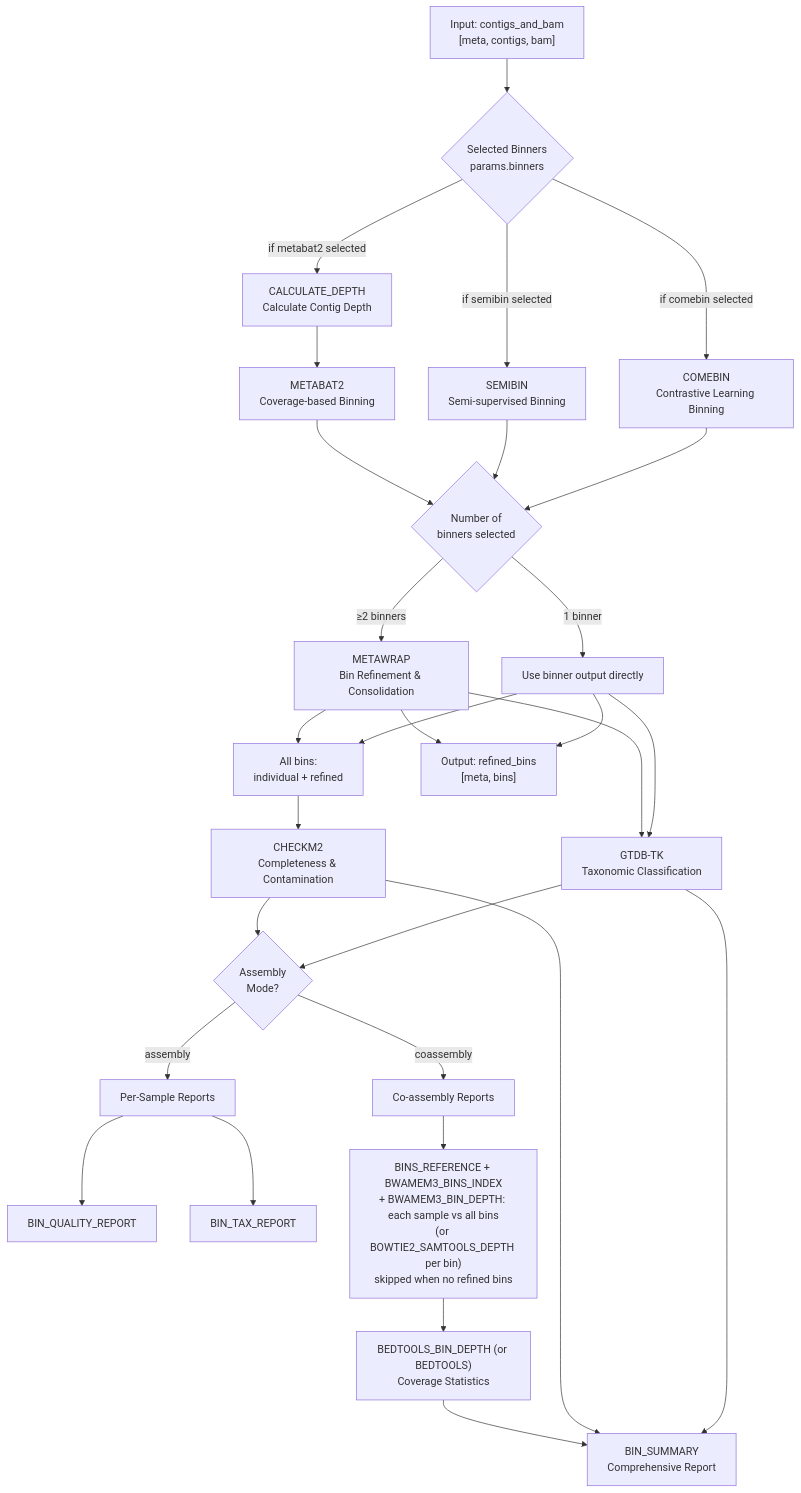
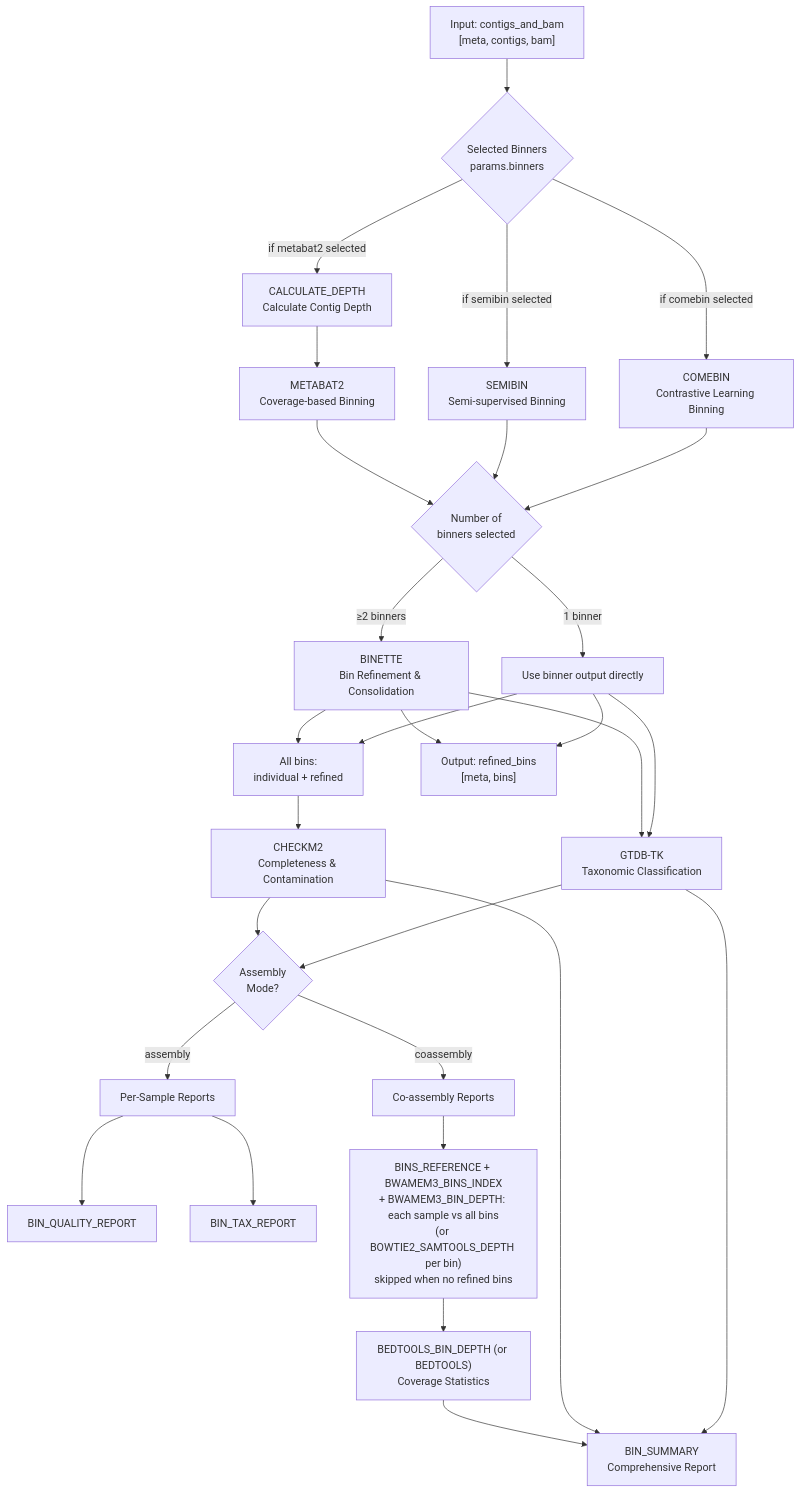
The seventh of 8 diagrams in docs/WORKFLOW_DIAGRAM.md (gene2dis/BugBuster), drawn with Mermaid before and after one commit. The commit also changed other lines of this file and 37 other files, not shown here.

First line of the commit message:
feat(binning)!: refine bins with Binette instead of MetaWRAP

````diff
--- a/docs/WORKFLOW_DIAGRAM.md
+++ b/docs/WORKFLOW_DIAGRAM.md
@@ -248,44 +248,44 @@
 ```mermaid
 flowchart TD
     Input["Input: contigs_and_bam<br/>[meta, contigs, bam]"] --> BinnerSelect{Selected Binners<br/>params.binners}
 
     BinnerSelect -->|if metabat2 selected| CalcDepth[CALCULATE_DEPTH<br/>Calculate Contig Depth]
     CalcDepth --> MetaBAT[METABAT2<br/>Coverage-based Binning]
 
     BinnerSelect -->|if semibin selected| SemiBin[SEMIBIN<br/>Semi-supervised Binning]
     BinnerSelect -->|if comebin selected| COMEBin[COMEBIN<br/>Contrastive Learning Binning]
 
-    %% Conditional MetaWRAP
+    %% Conditional Binette
     MetaBAT --> BinCount{Number of<br/>binners selected}
     SemiBin --> BinCount
     COMEBin --> BinCount
 
-    BinCount -->|≥2 binners| MetaWRAP[METAWRAP<br/>Bin Refinement & Consolidation]
+    BinCount -->|≥2 binners| Binette[BINETTE<br/>Bin Refinement & Consolidation]
     BinCount -->|1 binner| DirectOut[Use binner output directly]
 
     %% Quality and Taxonomy
-    MetaWRAP --> AllBins[All bins:<br/>individual + refined]
+    Binette --> AllBins[All bins:<br/>individual + refined]
     DirectOut --> AllBins
     AllBins --> CheckM[CHECKM2<br/>Completeness & Contamination]
-    MetaWRAP --> GTDBTK[GTDB-TK<br/>Taxonomic Classification]
+    Binette --> GTDBTK[GTDB-TK<br/>Taxonomic Classification]
     DirectOut --> GTDBTK
 
     %% Mode-specific reporting
     CheckM --> ModeCheck{Assembly<br/>Mode?}
     GTDBTK --> ModeCheck
 
     ModeCheck -->|assembly| AssemblyReports[Per-Sample Reports]
     AssemblyReports --> QualReport[BIN_QUALITY_REPORT]
     AssemblyReports --> TaxReport[BIN_TAX_REPORT]
 
     ModeCheck -->|coassembly| CoassemblyReports[Co-assembly Reports]
     CoassemblyReports --> BinCov["BINS_REFERENCE + BWAMEM3_BINS_INDEX<br/>+ BWAMEM3_BIN_DEPTH: each sample vs all bins<br/>(or BOWTIE2_SAMTOOLS_DEPTH per bin)<br/>skipped when no refined bins"]
     BinCov --> Bedtools["BEDTOOLS_BIN_DEPTH (or BEDTOOLS)<br/>Coverage Statistics"]
     Bedtools --> Summary[BIN_SUMMARY<br/>Comprehensive Report]
     CheckM --> Summary
     GTDBTK --> Summary
 
     %% Output
-    MetaWRAP --> Output["Output: refined_bins<br/>[meta, bins]"]
+    Binette --> Output["Output: refined_bins<br/>[meta, bins]"]
     DirectOut --> Output
 ```
````
